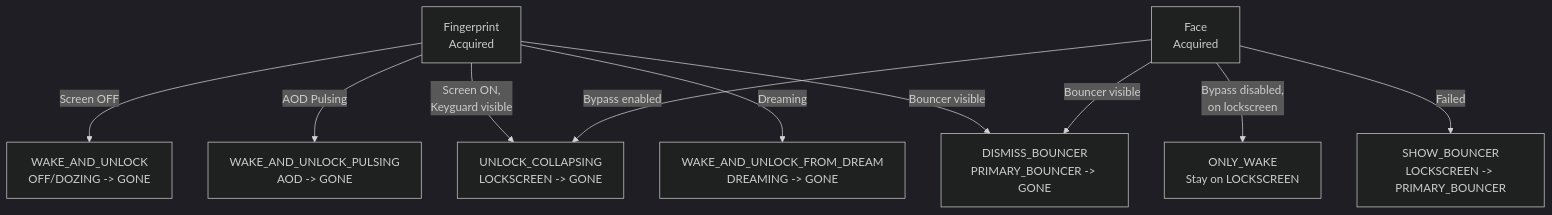
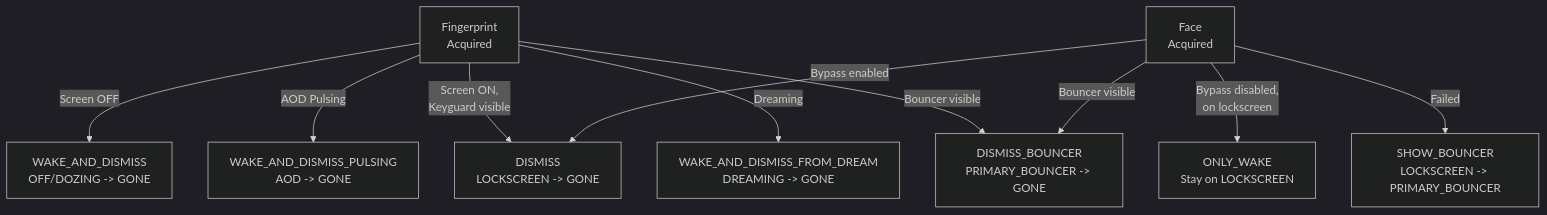
Diagram 27 of 32 in 47-systemui.md (aospbooks/aosp-internal-book), drawn with Mermaid (dark theme) before and after one commit. The commit also changed other lines of this file and 232 other files, not shown here.

````diff
--- a/47-systemui.md
+++ b/47-systemui.md
@@ -3187,16 +3318,16 @@
 ```mermaid
 graph TD
     FP["Fingerprint<br/>Acquired"]
     FACE["Face<br/>Acquired"]
 
-    FP --> |"Screen OFF"| WAU["WAKE_AND_UNLOCK<br/>OFF/DOZING -> GONE"]
-    FP --> |"AOD Pulsing"| WAUP["WAKE_AND_UNLOCK_PULSING<br/>AOD -> GONE"]
-    FP --> |"Screen ON,<br/>Keyguard visible"| UC["UNLOCK_COLLAPSING<br/>LOCKSCREEN -> GONE"]
-    FP --> |"Dreaming"| WAUD["WAKE_AND_UNLOCK_FROM_DREAM<br/>DREAMING -> GONE"]
+    FP --> |"Screen OFF"| WAU["WAKE_AND_DISMISS<br/>OFF/DOZING -> GONE"]
+    FP --> |"AOD Pulsing"| WAUP["WAKE_AND_DISMISS_PULSING<br/>AOD -> GONE"]
+    FP --> |"Screen ON,<br/>Keyguard visible"| UC["DISMISS<br/>LOCKSCREEN -> GONE"]
+    FP --> |"Dreaming"| WAUD["WAKE_AND_DISMISS_FROM_DREAM<br/>DREAMING -> GONE"]
     FP --> |"Bouncer visible"| DB["DISMISS_BOUNCER<br/>PRIMARY_BOUNCER -> GONE"]
 
     FACE --> |"Bypass enabled"| UC
     FACE --> |"Bypass disabled,<br/>on lockscreen"| OW["ONLY_WAKE<br/>Stay on LOCKSCREEN"]
     FACE --> |"Bouncer visible"| DB
     FACE --> |"Failed"| SB["SHOW_BOUNCER<br/>LOCKSCREEN -> PRIMARY_BOUNCER"]
 ```
````
